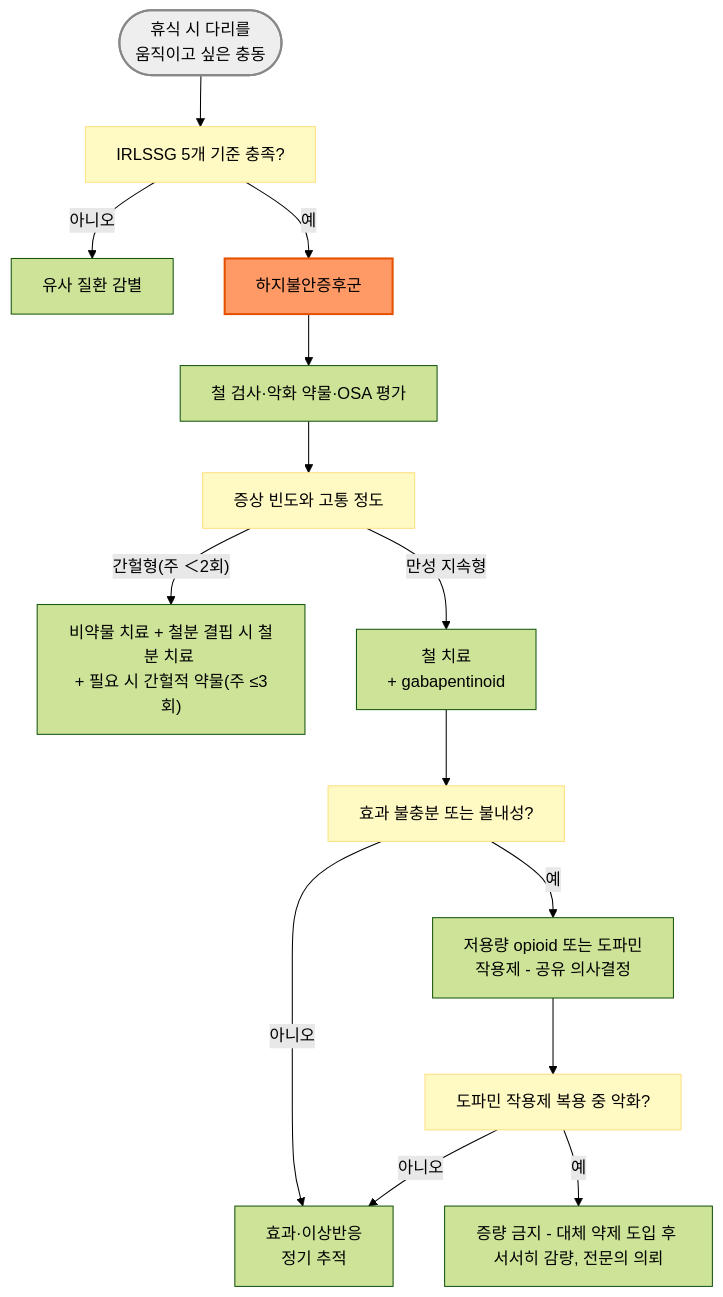
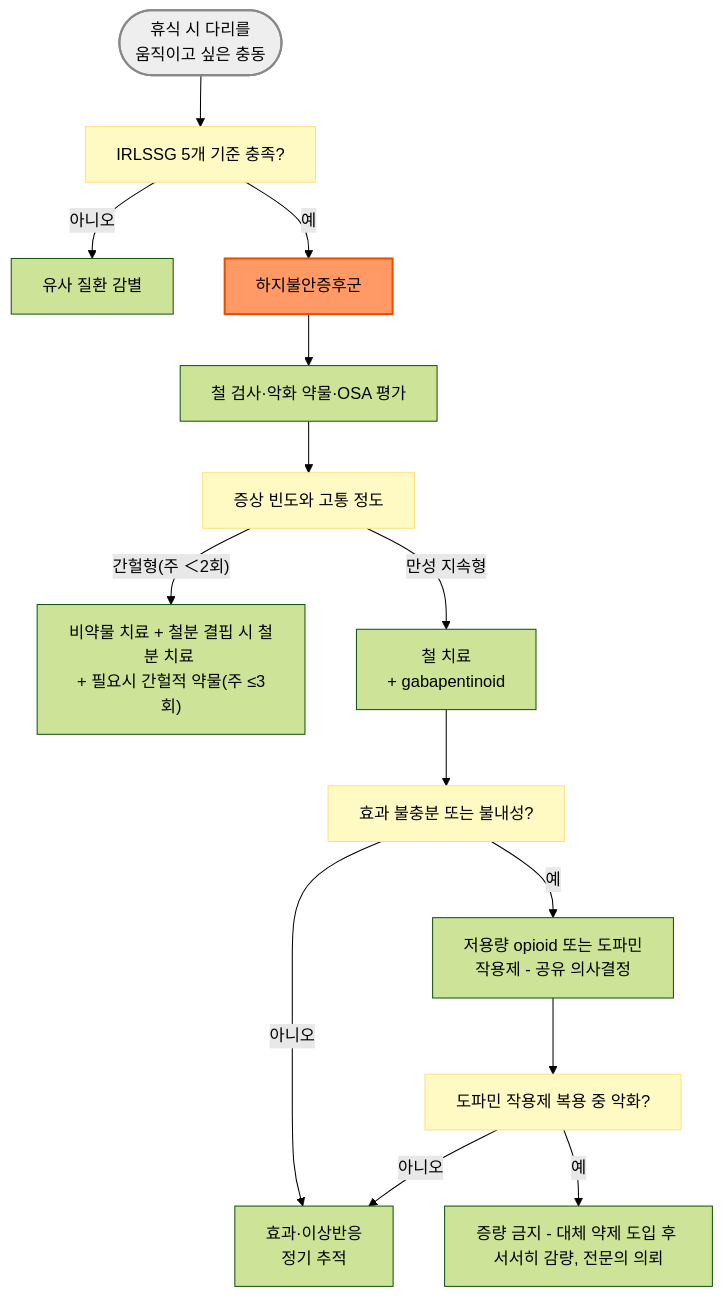
The diagram in 221_/036_-restless-legs-syndrome.md (familyoh77/familyoh77), drawn with Mermaid (forest theme) before and after one commit. The commit also changed other lines of this file and 7 other files, not shown here.

````diff
--- a/221_/036_-restless-legs-syndrome.md
+++ b/221_/036_-restless-legs-syndrome.md
@@ -138,20 +138,20 @@
 ```mermaid
 graph TD
     Start(["휴식 시 다리를 <br/>움직이고 싶은 충동"]) --> A["IRLSSG 5개 기준 충족?"]
     A -- 아니오 --> B["유사 질환 감별"]
     A -- 예 --> C["하지불안증후군"]
     C --> D["철 검사·악화 약물·OSA 평가"]
     D --> E["증상 빈도와 고통 정도"]
-    E -- "간헐형(주 ＜2회)" --> F["비약물 치료 + 철분 결핍 시 철분 치료 <br/>+ 필요 시 간헐적 약물(주 ≤3회)"]
+    E -- "간헐형(주 ＜2회)" --> F["비약물 치료 + 철분 결핍 시 철분 치료 <br/>+ 필요시 간헐적 약물(주 ≤3회)"]
     E -- 만성 지속형 --> G["철 치료 <br/>+ gabapentinoid"]
     G --> H["효과 불충분 또는 불내성?"]
     H -- 아니오 --> I["효과·이상반응 <br/>정기 추적"]
     H -- 예 --> K["저용량 opioid 또는 도파민 <br/>작용제 - 공유 의사결정"]
     K --> L["도파민 작용제 복용 중 악화?"]
     L -- 예 --> M["증량 금지 - 대체 약제 도입 후 서서히 감량, 전문의 의뢰"]
     L -- 아니오 --> I
     style Start fill:#eeeeee,stroke:#888888,stroke-width:2px
     style C fill:#f96,stroke:#e65100,stroke-width:2px
     classDef yellow fill:#fff9c4,stroke:#ffe082
     class A,E,H,L yellow
 ```
````
